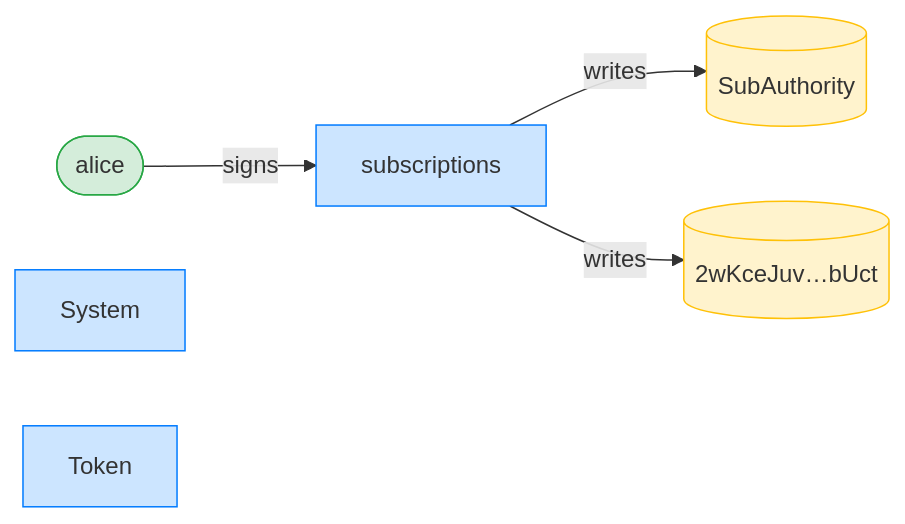
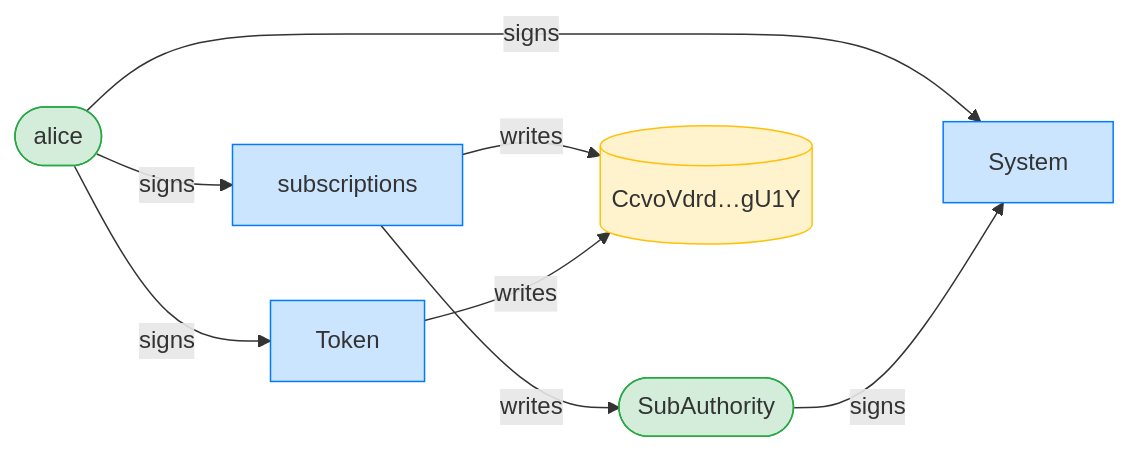
The third of 12 diagrams in dsl_tests/cancel-caps-expiry-at-the-plan-end-ts.md (cds-rs/subscriptions), drawn with Mermaid before and after one commit. The commit also changed other lines of this file and 224 other files, not shown here.

````diff
--- a/dsl_tests/cancel-caps-expiry-at-the-plan-end-ts.md
+++ b/dsl_tests/cancel-caps-expiry-at-the-plan-end-ts.md
@@ -55,15 +56,19 @@
 ```mermaid
 flowchart LR
     classDef signer fill:#d4edda,stroke:#28a745;
     classDef program fill:#cce5ff,stroke:#007bff;
     classDef writable fill:#fff3cd,stroke:#ffc107;
     subscriptions[subscriptions]:::program
     alice([alice]):::signer
-    SubAuthority[(SubAuthority)]:::writable
-    2wKceJuv_bUct[("2wKceJuv…bUct")]:::writable
+    SubAuthority([SubAuthority]):::signer
+    CcvoVdrd_gU1Y[("CcvoVdrd…gU1Y")]:::writable
     System[System]:::program
     Token[Token]:::program
     alice -->|signs| subscriptions
+    alice -->|signs| System
+    SubAuthority -->|signs| System
+    alice -->|signs| Token
     subscriptions -->|writes| SubAuthority
-    subscriptions -->|writes| 2wKceJuv_bUct
+    subscriptions -->|writes| CcvoVdrd_gU1Y
+    Token -->|writes| CcvoVdrd_gU1Y
 ```
````
